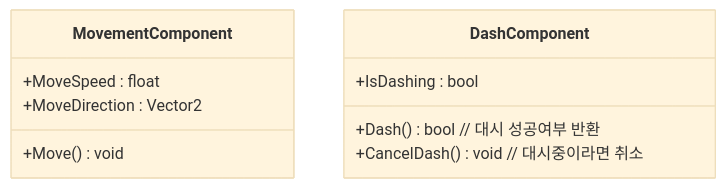
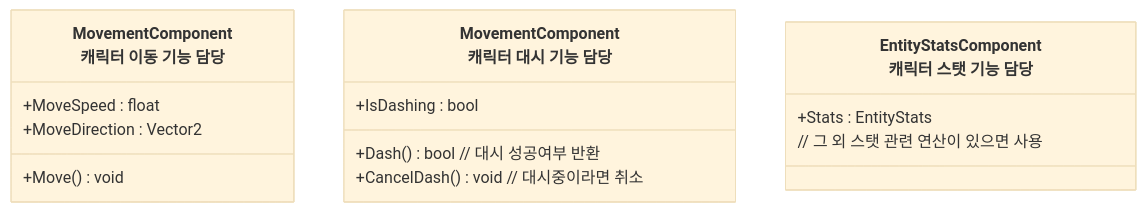
The second of 6 diagrams in Assets/_README/Entity_설계.md (JIN5EOK/DungeonShooter), drawn with Mermaid (base theme) before and after one commit. The commit also changed other lines of this file, not shown here.

Commit message:
chore: Entity 설계문서 다듬기

````diff
--- a/Assets/_README/Entity_설계.md
+++ b/Assets/_README/Entity_설계.md
@@ -18,13 +23,17 @@
 ```mermaid
 classDiagram
-    class MovementComponent{
+    class MovementComponent["MovementComponent<br>캐릭터 이동 기능 담당"]{
         +MoveSpeed : float
         +MoveDirection : Vector2
         +Move() void
     }
-    class DashComponent{
+    class DashComponent["MovementComponent<br>캐릭터 대시 기능 담당"]{
         +IsDashing : bool
         +Dash() bool // 대시 성공여부 반환
         +CancelDash() void // 대시중이라면 취소
     }
+    class EntityStatsComponent["EntityStatsComponent<br>캐릭터 스탯 기능 담당"]{
+        +Stats : EntityStats
+        // 그 외 스탯 관련 연산이 있으면 사용
+    }
 ```
````
